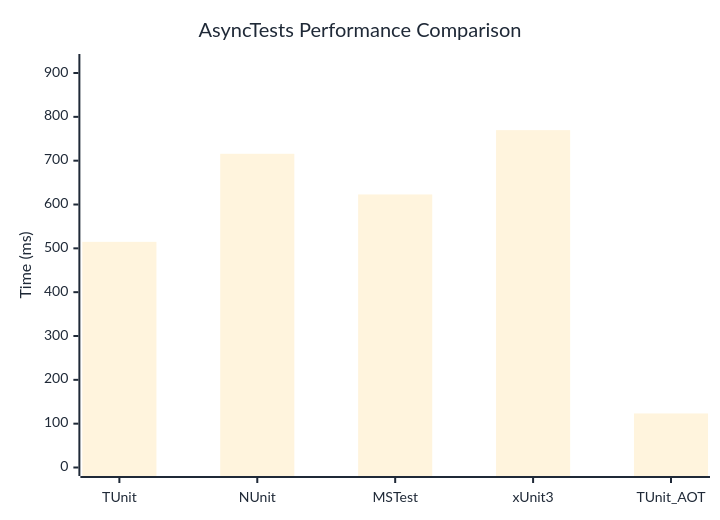
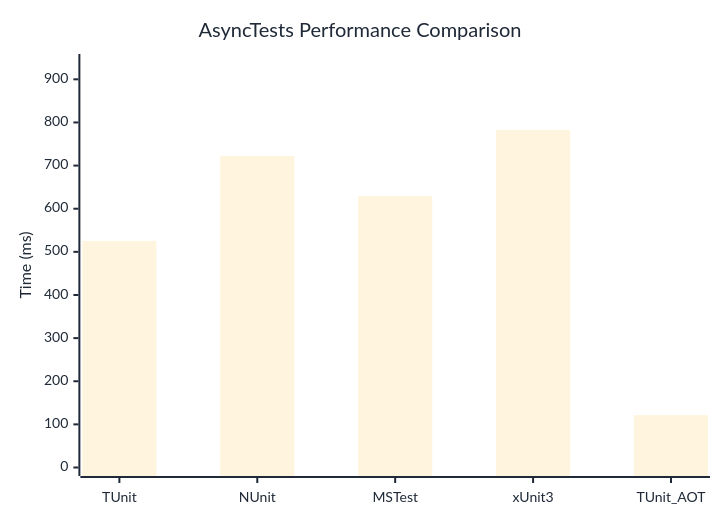
The diagram in docs/docs/benchmarks/AsyncTests.md (thomhurst/TUnit), drawn with Mermaid before and after one commit. The commit also changed other lines of this file and 17 other files, not shown here.

````diff
--- a/docs/docs/benchmarks/AsyncTests.md
+++ b/docs/docs/benchmarks/AsyncTests.md
@@ -27,37 +27,37 @@
 ```mermaid
 %%{init: {
   'theme':'base',
   'themeVariables': {
     'primaryColor': '#2563eb',
     'primaryTextColor': '#1f2937',
     'primaryBorderColor': '#1e40af',
     'lineColor': '#6b7280',
     'secondaryColor': '#7c3aed',
     'tertiaryColor': '#dc2626',
     'background': '#ffffff',
     'mainBkg': '#2563eb',
     'secondBkg': '#7c3aed',
     'tertiaryBkg': '#dc2626',
     'clusterBkg': '#f3f4f6',
     'edgeLabelBackground': '#ffffff',
     'tertiaryTextColor': '#1f2937',
     'pie1': '#2563eb',
     'pie2': '#7c3aed',
     'pie3': '#dc2626',
     'pie4': '#f59e0b',
     'pie5': '#10b981',
     'pie6': '#06b6d4',
     'pie7': '#ec4899',
     'pie8': '#6366f1',
     'pie9': '#84cc16',
     'pie10': '#f97316',
     'pie11': '#14b8a6',
     'pie12': '#a855f7'
   }
 }}%%
 xychart-beta
   title "AsyncTests Performance Comparison"
   x-axis ["TUnit", "NUnit", "MSTest", "xUnit3", "TUnit_AOT"]
-  y-axis "Time (ms)" 0 --> 924
-  bar [514.8, 715.7, 623, 769.7, 123.3]
+  y-axis "Time (ms)" 0 --> 939
+  bar [525.5, 722.5, 629.3, 782.5, 121.5]
 ```
````
